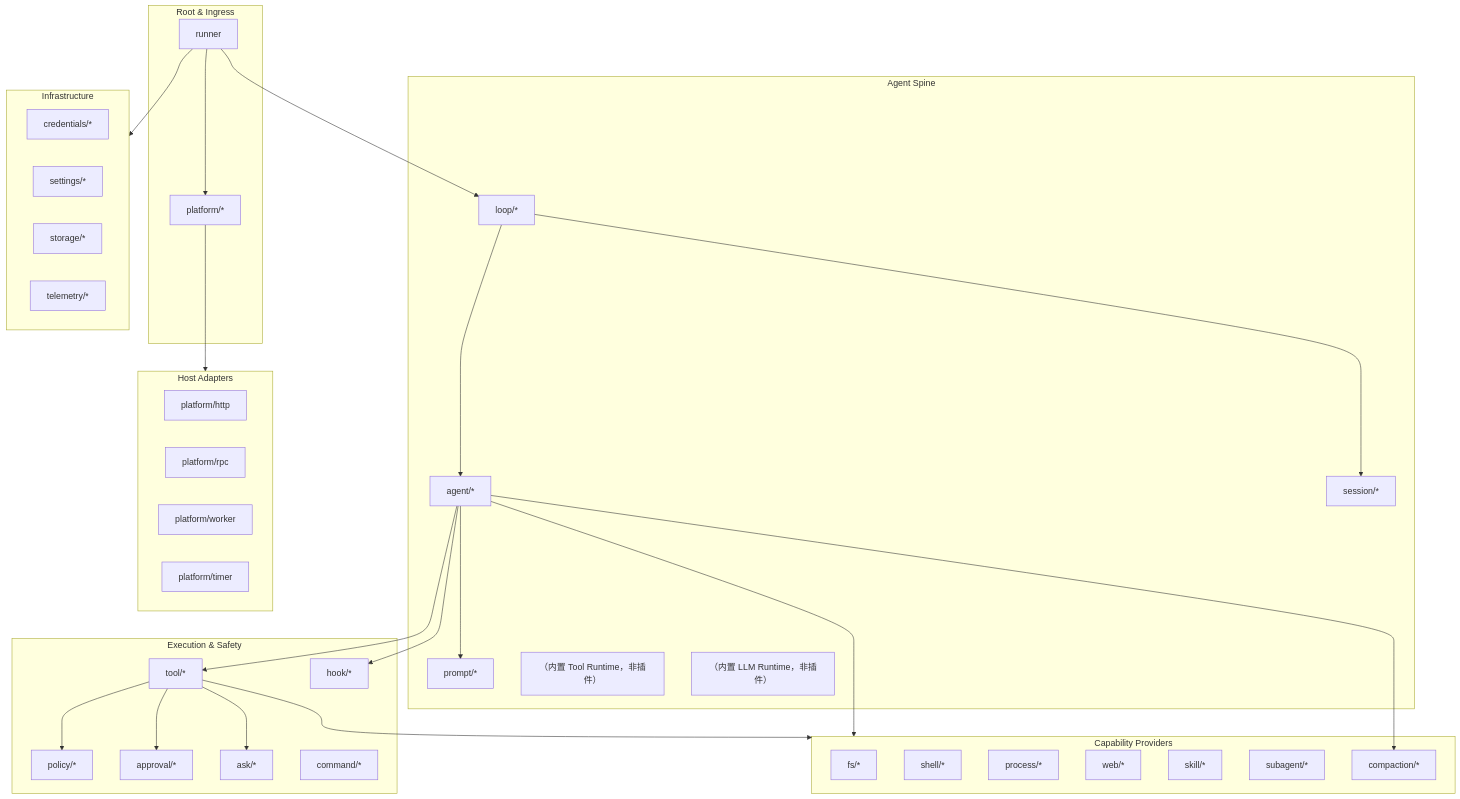
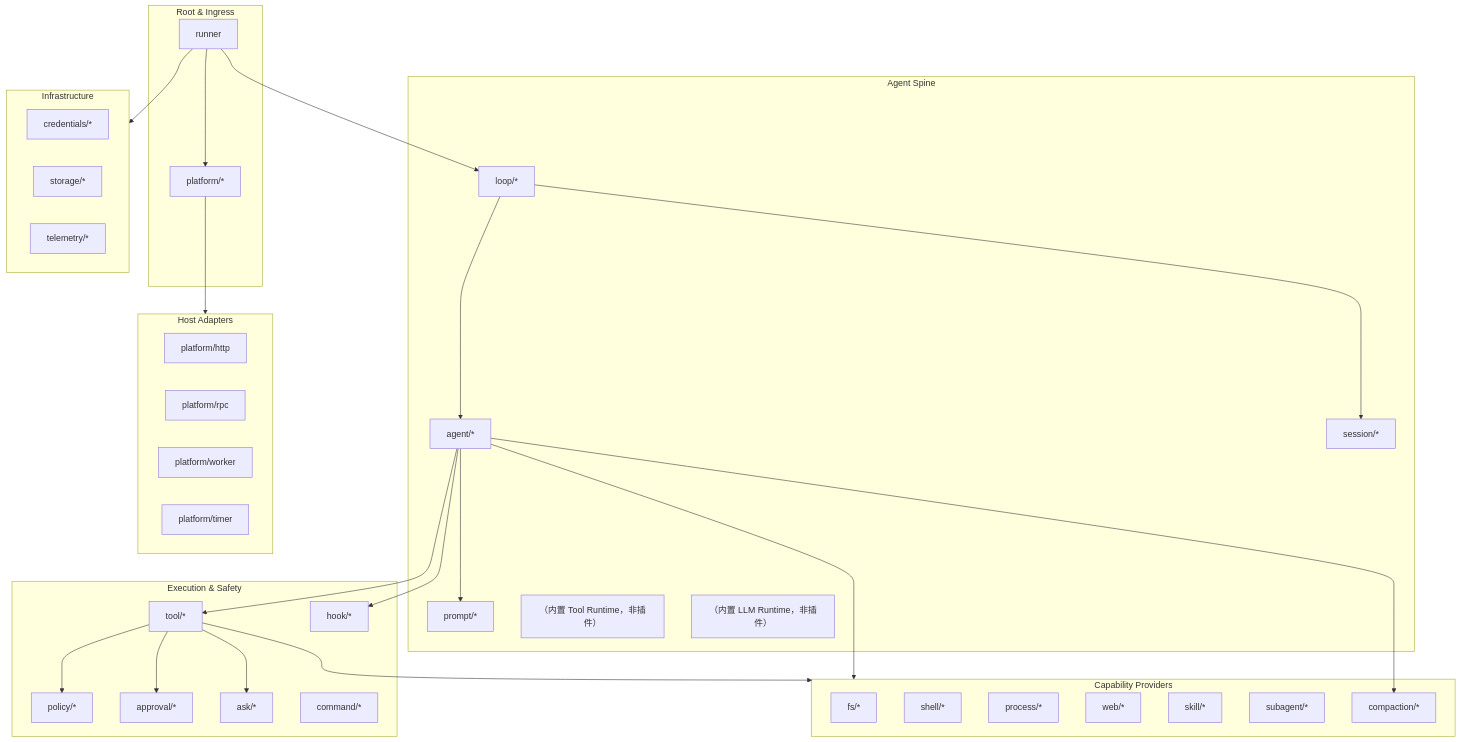
One commit to lengzhao/agentkit changed the first of 2 diagrams in docs/plugin-catalog.zh.md. Above: the diagram before and after it, drawn with Mermaid. The commit also changed other lines of this file and 8 other files, not shown here.

````diff
--- a/docs/plugin-catalog.zh.md
+++ b/docs/plugin-catalog.zh.md
@@ -24,65 +24,64 @@
 ```mermaid
 flowchart TB
   subgraph root ["Root & Ingress"]
     Runner["runner"]
     Platform["platform/*"]
   end
 
   subgraph spine ["Agent Spine"]
     Loop["loop/*"]
     Agent["agent/*"]
     Session["session/*"]
     Prompt["prompt/*"]
     ToolsRT["（内置 Tool Runtime，非插件）"]
     LLMRT["（内置 LLM Runtime，非插件）"]
   end
 
   subgraph exec ["Execution & Safety"]
     Tool["tool/*"]
     Policy["policy/*"]
     Hook["hook/*"]
     Approval["approval/*"]
     Ask["ask/*"]
     Command["command/*"]
   end
 
   subgraph cap ["Capability Providers"]
     FS["fs/*"]
     Shell["shell/*"]
     Process["process/*"]
     Web["web/*"]
     Skill["skill/*"]
     Subagent["subagent/*"]
     Compaction["compaction/*"]
   end
 
   subgraph infra ["Infrastructure"]
     Credentials["credentials/*"]
-    Settings["settings/*"]
     Storage["storage/*"]
     Telemetry["telemetry/*"]
   end
 
   subgraph host ["Host Adapters"]
     HTTP["platform/http"]
     RPC["platform/rpc"]
     Worker["platform/worker"]
     Timer["platform/timer"]
   end
 
   Runner --> Platform
   Runner --> Loop
   Loop --> Agent
   Loop --> Session
   Agent --> Prompt
   Agent --> Tool
   Agent --> cap
   Tool --> cap
   Tool --> Policy
   Tool --> Approval
   Tool --> Ask
   Agent --> Hook
   Agent --> Compaction
   Runner --> infra
   Platform --> host
 ```
````
